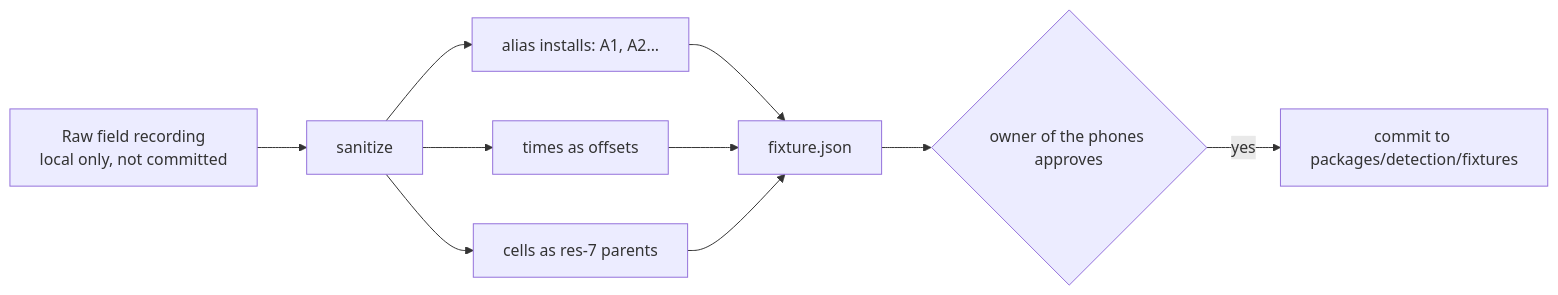
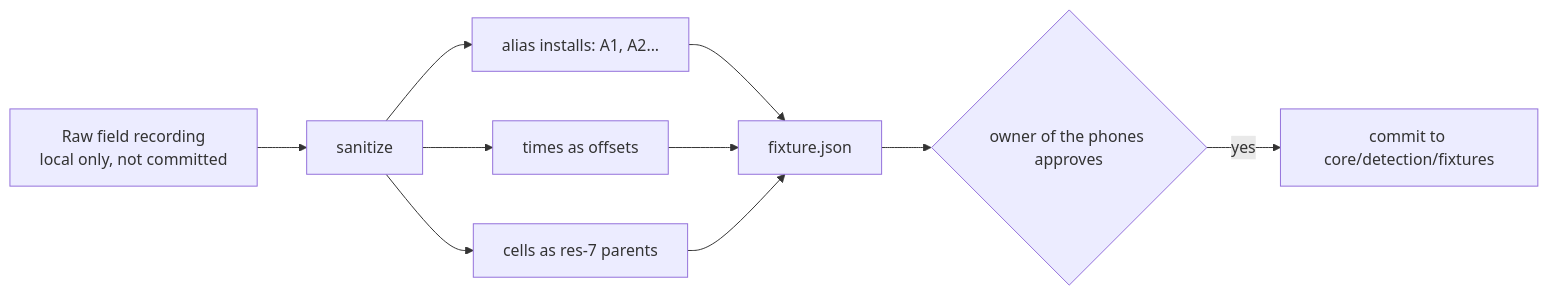
The third of 3 diagrams in .kiro/specs/demo-mode/design.md (3akare/outage), drawn with Mermaid before and after one commit. The commit also changed other lines of this file and 676 other files, not shown here.

First line of the commit message:
refactor(repo): top level is android, web and core [spec:none task:layout]

````diff
--- a/.kiro/specs/demo-mode/design.md
+++ b/.kiro/specs/demo-mode/design.md
@@ -85,12 +85,12 @@
 ```mermaid
 flowchart LR
     RAW[Raw field recording<br/>local only, not committed] --> SAN[sanitize]
     SAN --> A[alias installs: A1, A2...]
     SAN --> T[times as offsets]
     SAN --> C[cells as res-7 parents]
     A --> FX[fixture.json]
     T --> FX
     C --> FX
     FX --> APPROVE{owner of the phones approves}
-    APPROVE -->|yes| REPO[commit to packages/detection/fixtures]
+    APPROVE -->|yes| REPO[commit to core/detection/fixtures]
 ```
````
